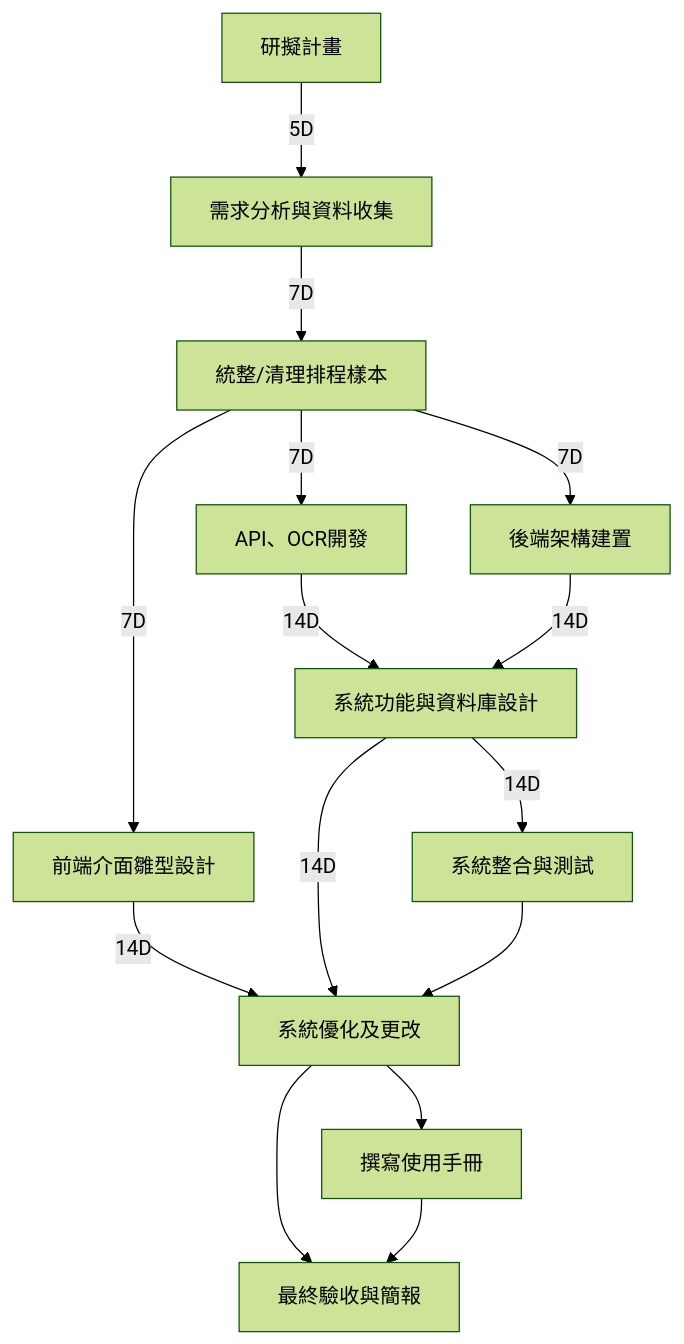
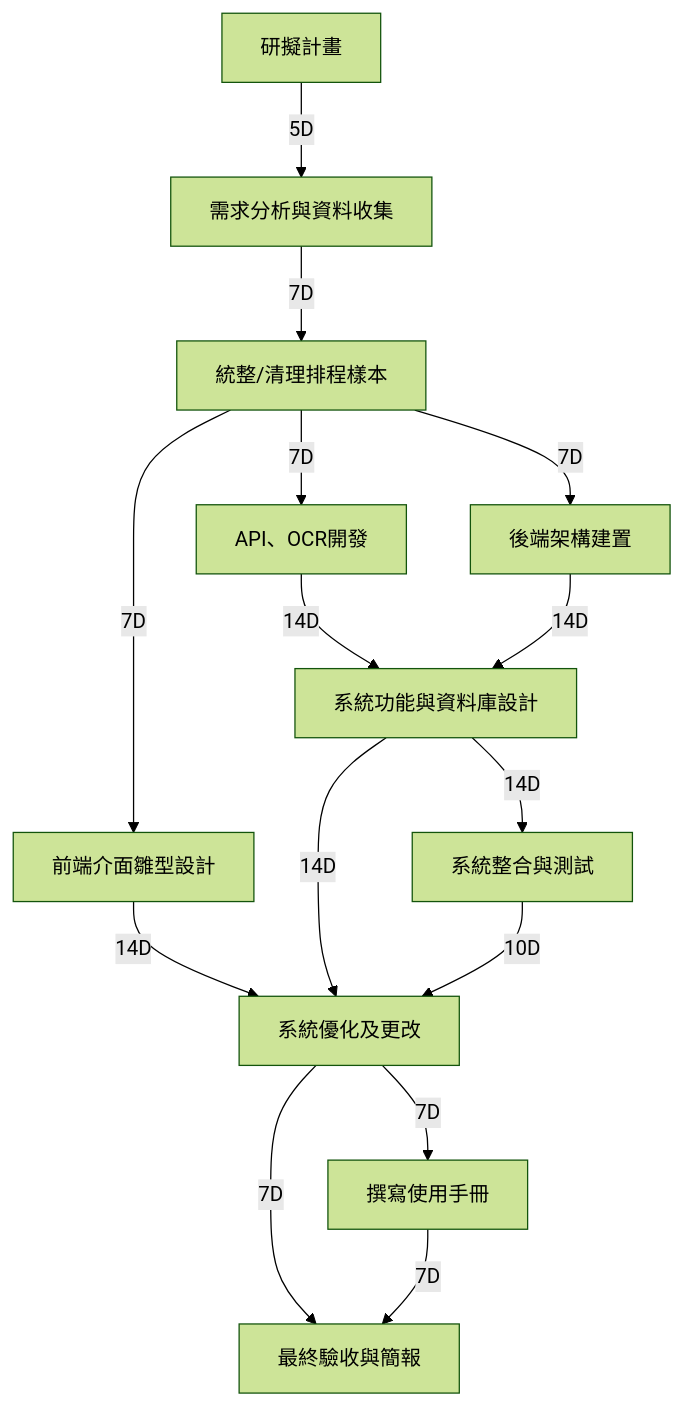
One commit to renhao1203/project changed the diagram in mission.md. Above: the diagram before and after it, drawn with Mermaid (forest theme).

Commit message:
mission.md

````diff
--- a/mission.md
+++ b/mission.md
@@ -35,18 +35,18 @@
 ```mermaid
 graph TD
     1[研擬計畫] --5D--> 2[需求分析與資料收集]
     2 --7D--> 3[統整/清理排程樣本]
     3 --7D--> 4[API、OCR開發]
     3 --7D--> 5[後端架構建置]
     3 --7D--> 6[前端介面雛型設計]
     4 --14D--> 7[系統功能與資料庫設計]
     5 --14D--> 7[系統功能與資料庫設計]
     7 --14D--> 8[系統整合與測試]
     6 --14D--> 9[系統優化及更改]
     7 --14D--> 9[系統優化及更改]
-    8 --> 9[系統優化及更改]
-    9 --> 10[撰寫使用手冊]
-    9 --> 11[最終驗收與簡報]
-    10 --> 11[最終驗收與簡報]
+    8 --10D--> 9[系統優化及更改]
+    9 --7D--> 10[撰寫使用手冊]
+    9 --7D--> 11[最終驗收與簡報]
+    10 --7D--> 11[最終驗收與簡報]
   
 ```
````
